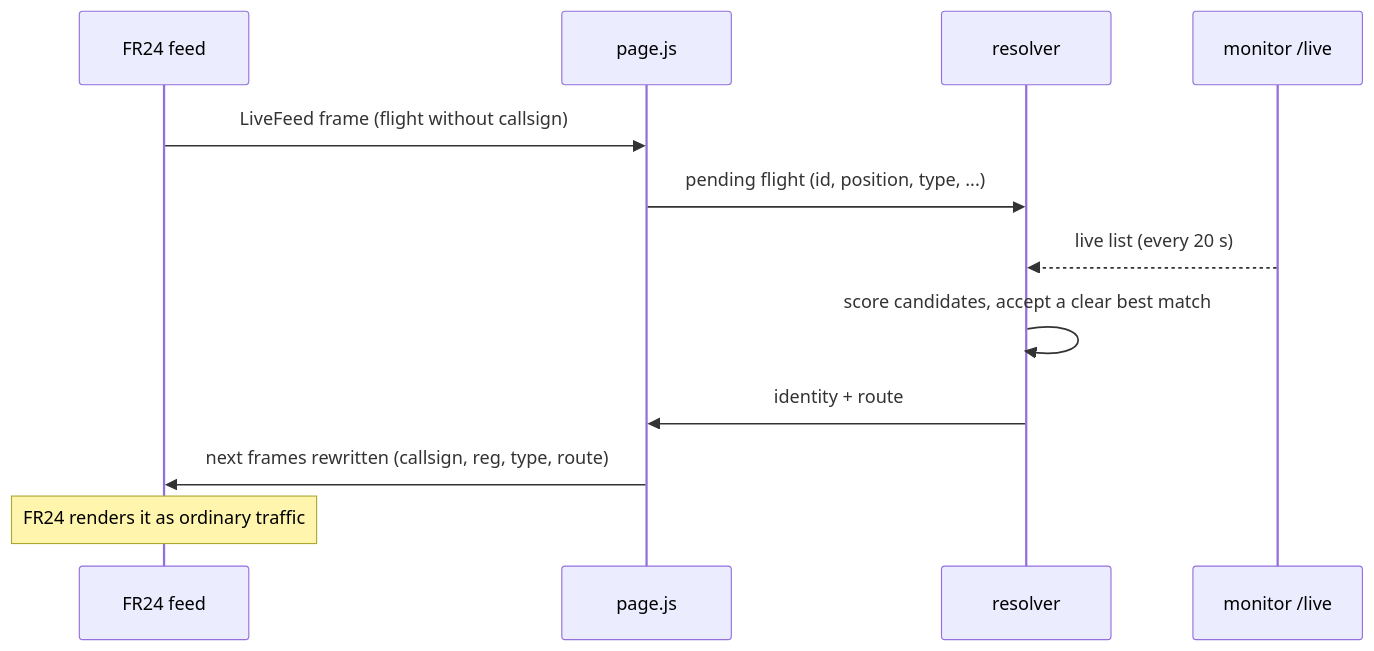
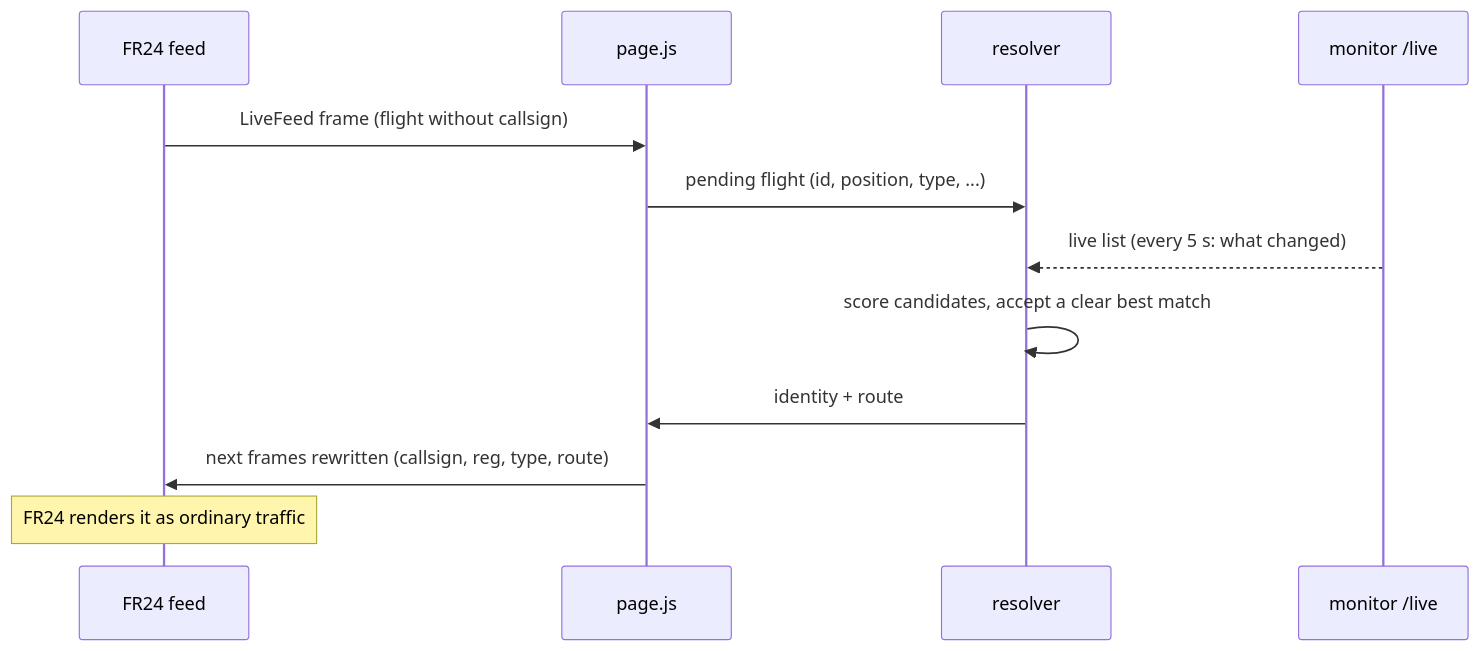
The second of 3 diagrams in docs/architecture.md (FinlayC1/fr24-ladd-unblocker), drawn with Mermaid before and after one commit. The commit also changed other lines of this file and 57 other files, not shown here.

````diff
--- a/docs/architecture.md
+++ b/docs/architecture.md
@@ -202,14 +252,14 @@
 ```mermaid
 sequenceDiagram
   participant FR as FR24 feed
   participant P as page.js
   participant R as resolver
   participant M as monitor /live
   FR->>P: LiveFeed frame (flight without callsign)
   P->>R: pending flight (id, position, type, ...)
-  M-->>R: live list (every 20 s)
+  M-->>R: live list (every 5 s: what changed)
   R->>R: score candidates, accept a clear best match
   R->>P: identity + route
   P->>FR: next frames rewritten (callsign, reg, type, route)
   Note over FR: FR24 renders it as ordinary traffic
 ```
````
